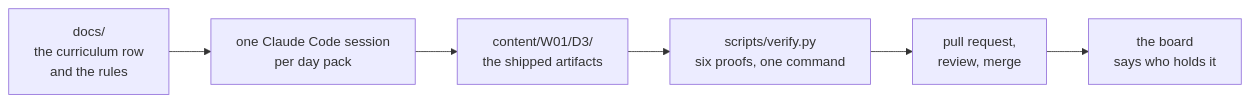
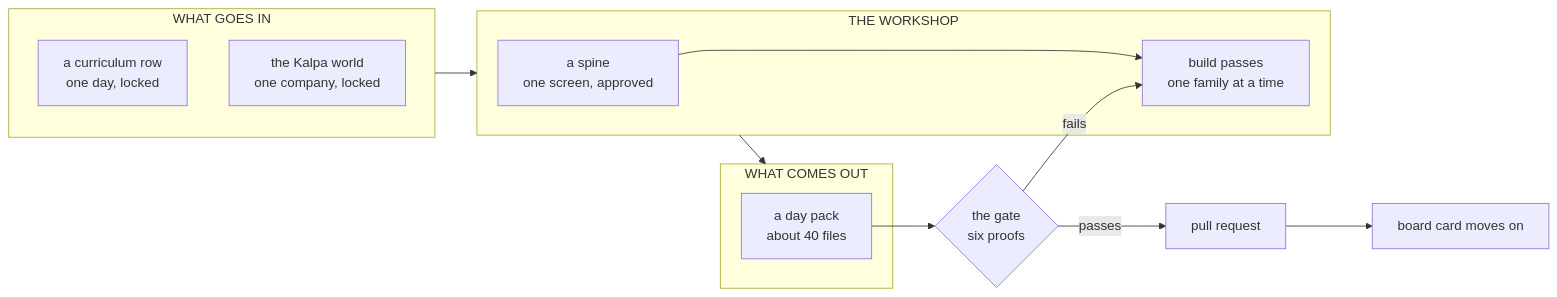
The first of 5 diagrams in README.md (fde-academy-lab/c2-content-factory), drawn with Mermaid before and after one commit. The commit also changed other lines of this file, not shown here.

First line of the commit message:
Refocus the README on the content, not the programme plan

````diff
--- a/README.md
+++ b/README.md
@@ -41,8 +20,17 @@
 ```mermaid
 flowchart LR
-    A["docs/<br/>the curriculum row<br/>and the rules"] --> B["one Claude Code session<br/>per day pack"]
-    B --> C["content/W01/D3/<br/>the shipped artifacts"]
-    C --> D["scripts/verify.py<br/>six proofs, one command"]
-    D --> E["pull request,<br/>review, merge"]
-    E --> F["the board<br/>says who holds it"]
+    subgraph IN["WHAT GOES IN"]
+      C["a curriculum row<br/>one day, locked"]
+      Z["the Kalpa world<br/>one company, locked"]
+    end
+    subgraph MAKE["THE WORKSHOP"]
+      S["a spine<br/>one screen, approved"] --> B["build passes<br/>one family at a time"]
+    end
+    subgraph OUT["WHAT COMES OUT"]
+      A["a day pack<br/>about 40 files"]
+    end
+    IN --> MAKE --> OUT
+    A --> G{"the gate<br/>six proofs"}
+    G -->|"fails"| B
+    G -->|"passes"| P["pull request"] --> BD["board card moves on"]
 ```
````
